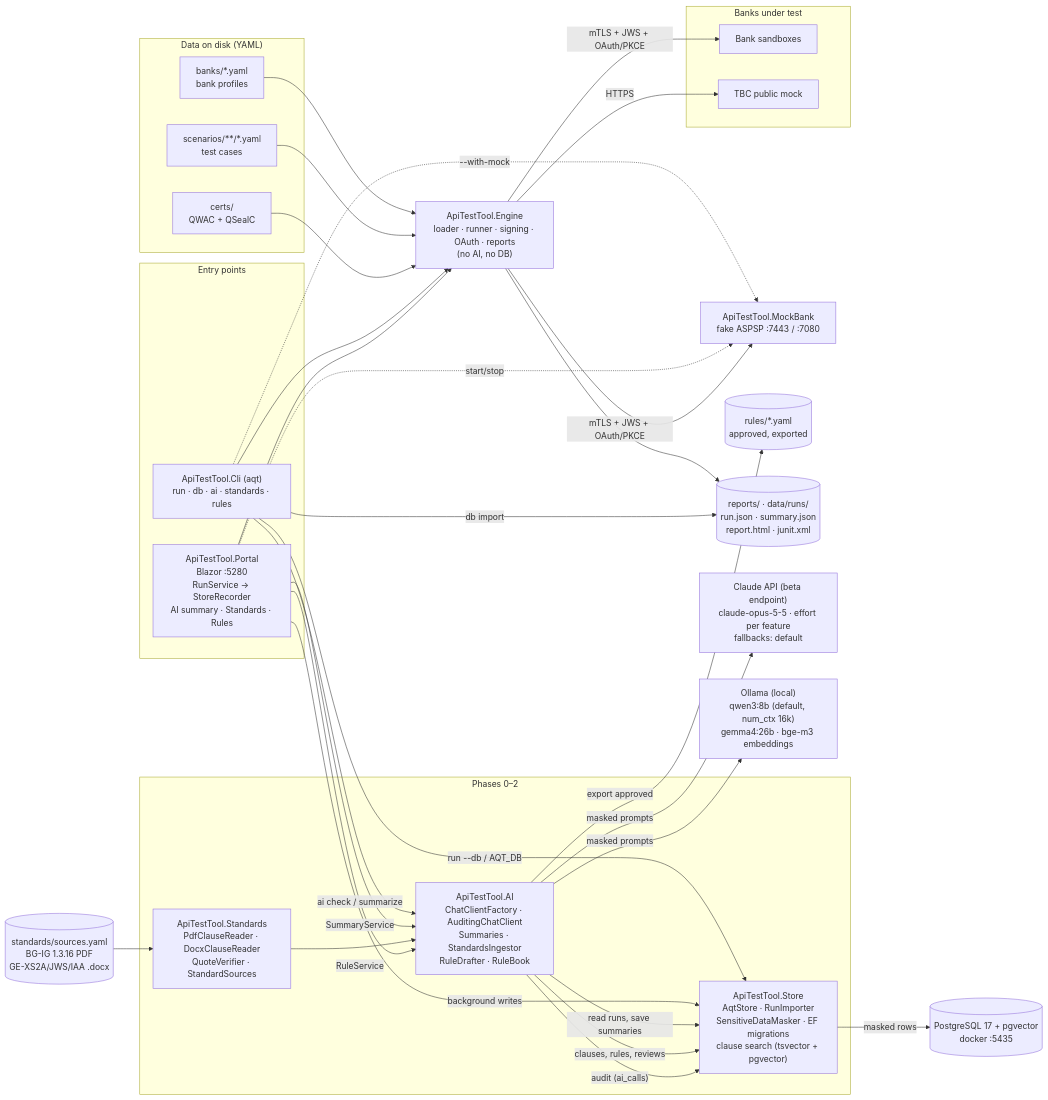
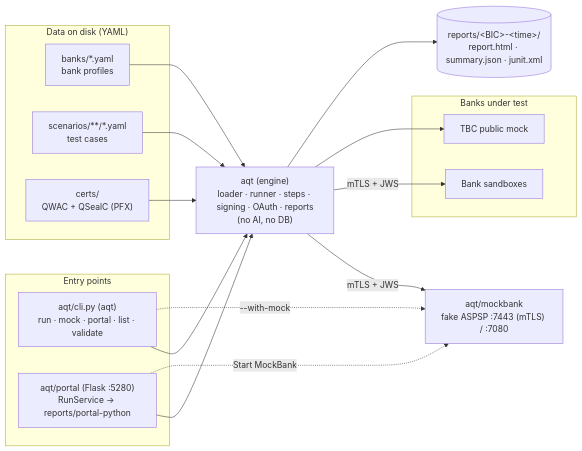
One commit to levan-petrosiani/Aurasoft-Monitoring changed the first of 3 diagrams in ARCHITECTURE.md. Above: the diagram before and after it, drawn with Mermaid. The commit also changed other lines of this file and 204 other files, not shown here.

````diff
--- a/ARCHITECTURE.md
+++ b/ARCHITECTURE.md
@@ -13,59 +12,34 @@
 ```mermaid
 flowchart LR
     subgraph Inputs["Data on disk (YAML)"]
         Banks["banks/*.yaml<br/>bank profiles"]
         Scen["scenarios/**/*.yaml<br/>test cases"]
-        Certs["certs/<br/>QWAC + QSealC"]
+        Certs["certs/<br/>QWAC + QSealC (PFX)"]
     end
 
     subgraph Hosts["Entry points"]
-        Cli["ApiTestTool.Cli (aqt)<br/>run · db · ai · standards · rules"]
-        Portal["ApiTestTool.Portal<br/>Blazor :5280<br/>RunService → StoreRecorder<br/>AI summary · Standards · Rules"]
+        Cli["aqt/cli.py (aqt)<br/>run · mock · portal · list · validate"]
+        Portal["aqt/portal (Flask :5280)<br/>RunService → reports/portal-python"]
     end
 
-    Engine["ApiTestTool.Engine<br/>loader · runner · signing · OAuth · reports<br/>(no AI, no DB)"]
-    Mock["ApiTestTool.MockBank<br/>fake ASPSP :7443 / :7080"]
-
-    subgraph New["Phases 0–2"]
-        Store["ApiTestTool.Store<br/>AqtStore · RunImporter<br/>SensitiveDataMasker · EF migrations<br/>clause search (tsvector + pgvector)"]
-        AI["ApiTestTool.AI<br/>ChatClientFactory · AuditingChatClient<br/>Summaries · StandardsIngestor<br/>RuleDrafter · RuleBook"]
-        Std["ApiTestTool.Standards<br/>PdfClauseReader · DocxClauseReader<br/>QuoteVerifier · StandardSources"]
-    end
-    Docs[("standards/sources.yaml<br/>BG-IG 1.3.16 PDF<br/>GE-XS2A/JWS/IAA .docx")]
-    RulesDir[("rules/*.yaml<br/>approved, exported")]
+    Engine["aqt (engine)<br/>loader · runner · steps · signing · OAuth · reports<br/>(no AI, no DB)"]
+    Mock["aqt/mockbank<br/>fake ASPSP :7443 (mTLS) / :7080"]
+    Reports[("reports/&lt;BIC&gt;-&lt;time&gt;/<br/>report.html · summary.json · junit.xml")]
 
     subgraph Targets["Banks under test"]
         Real["Bank sandboxes"]
         TbcMock["TBC public mock"]
     end
 
-    Files[("reports/ · data/runs/<br/>run.json · summary.json<br/>report.html · junit.xml")]
-    PG[("PostgreSQL 17 + pgvector<br/>docker :5435")]
-    Claude["Claude API (beta endpoint)<br/>claude-opus-5-5 · effort per feature<br/>fallbacks: default"]
-    Ollama["Ollama (local)<br/>qwen3:8b (default, num_ctx 16k)<br/>gemma4:26b · bge-m3 embeddings"]
-
-    Banks & Scen & Certs --> Engine
+    Banks --> Engine
+    Scen --> Engine
+    Certs --> Engine
     Cli --> Engine
     Portal --> Engine
     Cli -. "--with-mock" .-> Mock
-    Portal -. "start/stop" .-> Mock
-    Engine -- "mTLS + JWS + OAuth/PKCE" --> Mock & Real
-    Engine -- HTTPS --> TbcMock
-    Engine --> Files
-
-    Cli -- "run --db / AQT_DB" --> Store
-    Cli -- "db import" --> Files
-    Portal -- "background writes" --> Store
-    Store -- "masked rows" --> PG
-    Cli -- "ai check / summarize" --> AI
-    Portal -- "SummaryService" --> AI
-    AI -- "read runs, save summaries" --> Store
-    Docs --> Std
-    Std --> AI
-    AI -- "clauses, rules, reviews" --> Store
-    AI -- "export approved" --> RulesDir
-    Portal -- "RuleService" --> AI
-    AI -- "masked prompts" --> Claude
-    AI -- "masked prompts" --> Ollama
-    AI -- "audit (ai_calls)" --> Store
+    Portal -. "Start MockBank" .-> Mock
+    Engine -- "mTLS + JWS" --> Mock
+    Engine -- "mTLS + JWS" --> Real
+    Engine --> TbcMock
+    Engine --> Reports
 ```
````
